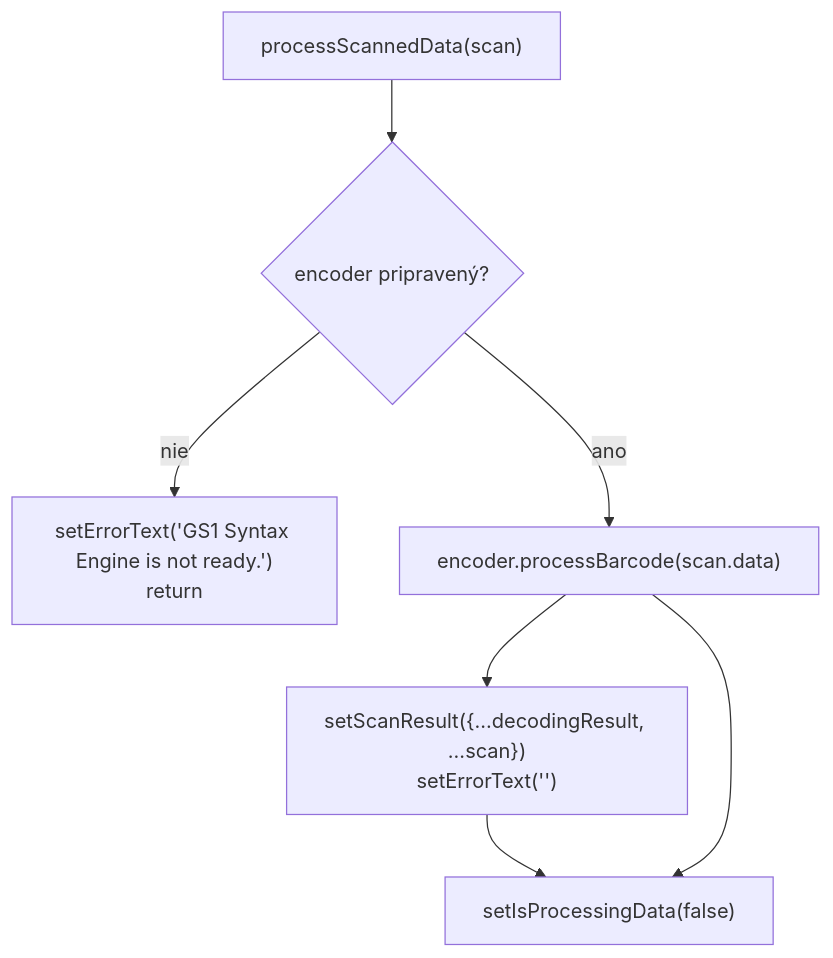
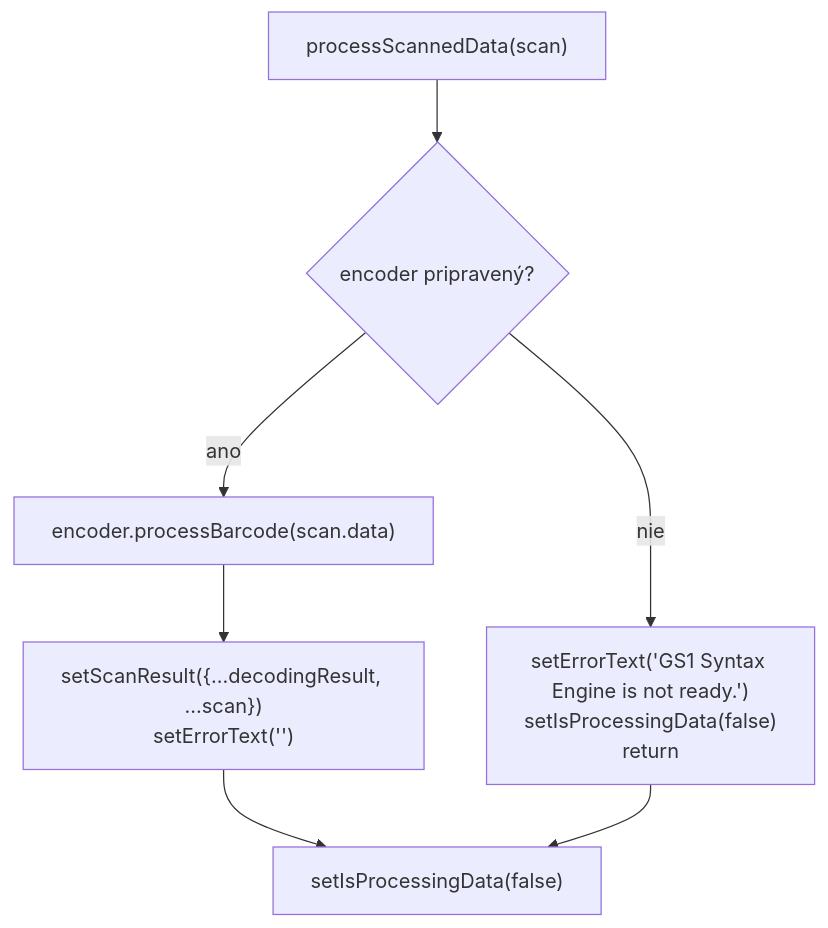
One commit to GS1SlovakiaOrg/expo-gs1-s-e-example changed the second of 8 diagrams in docs/03-datovy-tok-a-zivotny-cyklus.md. Above: the diagram before and after it, drawn with Mermaid. The commit also changed other lines of this file and 5 other files, not shown here.

````diff
--- a/docs/03-datovy-tok-a-zivotny-cyklus.md
+++ b/docs/03-datovy-tok-a-zivotny-cyklus.md
@@ -109,9 +113,9 @@
 ```mermaid
 flowchart TD
     A["processScannedData(scan)"] --> B{encoder pripravený?}
-    B -- nie --> C["setErrorText('GS1 Syntax Engine is not ready.')<br/>return"]
+    B -- nie --> C["setErrorText('GS1 Syntax Engine is not ready.')<br/>setIsProcessingData(false)<br/>return"]
     B -- ano --> D["encoder.processBarcode(scan.data)"]
     D --> E["setScanResult({...decodingResult, ...scan})<br/>setErrorText('')"]
     E --> F["setIsProcessingData(false)"]
-    D --> F
+    C --> F
 ```
````
